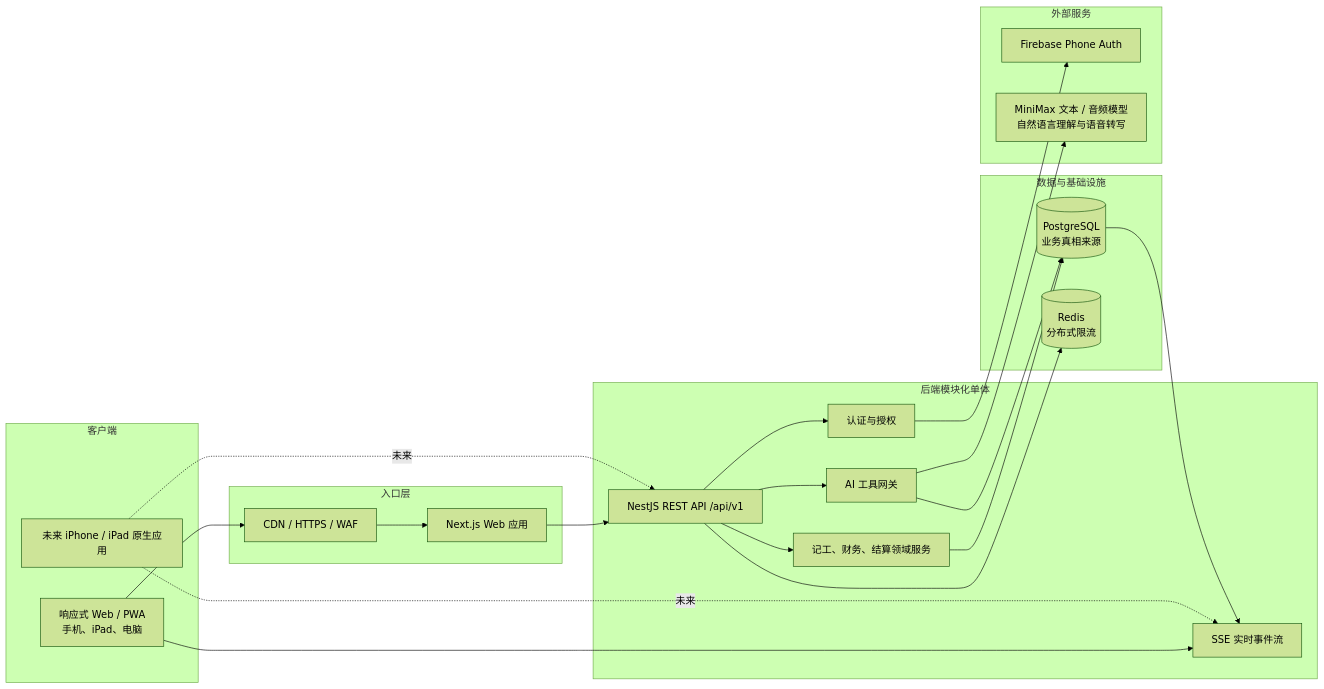
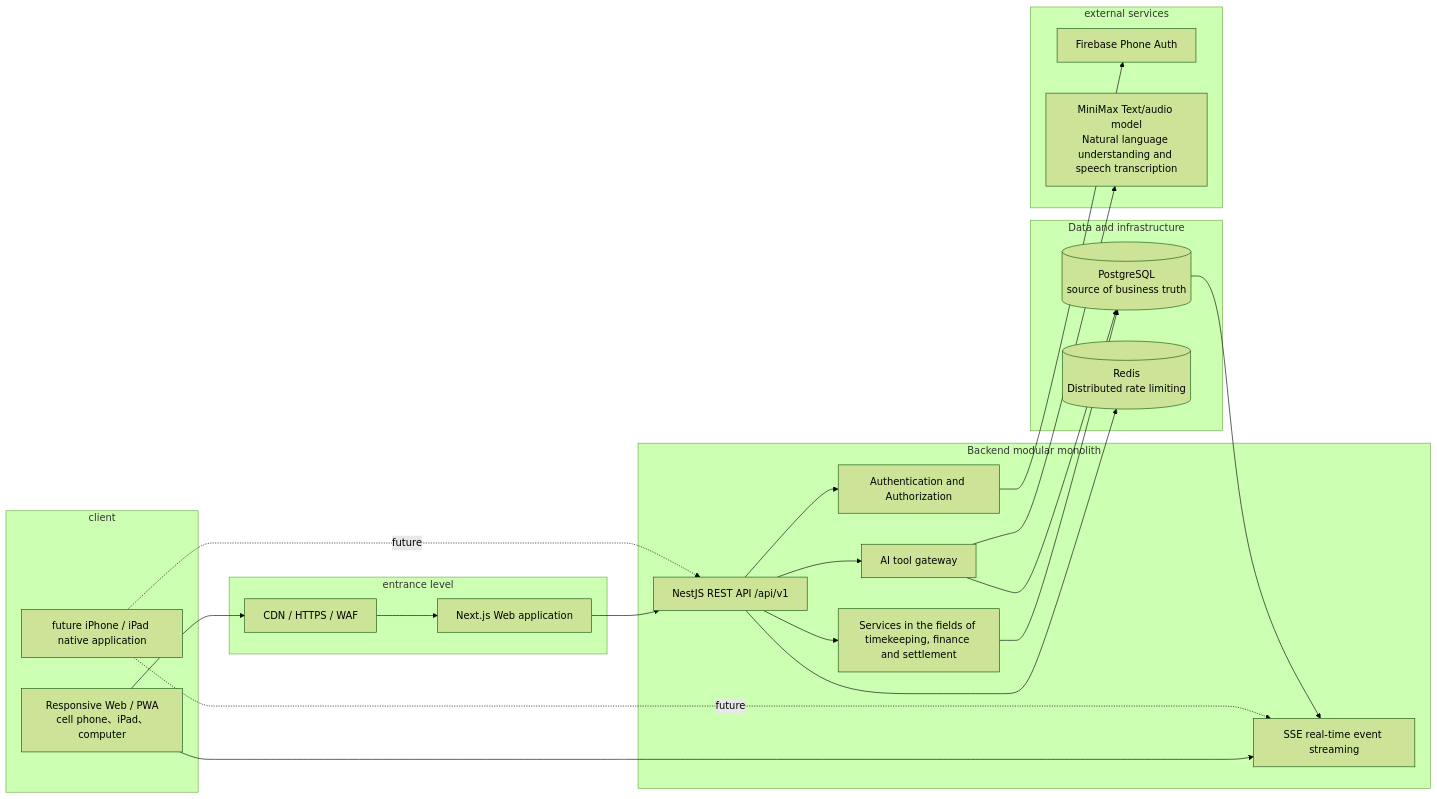
Before and after one commit to Redonkatonkk/massage-note: the first of 6 diagrams in docs/archive/INITIAL_ARCHITECTURE_PLAN.md, drawn with Mermaid (forest theme). The commit also changed other lines of this file and 118 other files, not shown here.

````diff
--- a/docs/archive/INITIAL_ARCHITECTURE_PLAN.md
+++ b/docs/archive/INITIAL_ARCHITECTURE_PLAN.md
@@ -27,45 +37,45 @@
 ```mermaid
 flowchart LR
-    subgraph Client["客户端"]
-        Web["响应式 Web / PWA\n手机、iPad、电脑"]
-        Native["未来 iPhone / iPad 原生应用"]
+    subgraph Client["client"]
+        Web["Responsive Web / PWA\ncell phone、iPad、computer"]
+        Native["future iPhone / iPad native application"]
     end
 
-    subgraph Edge["入口层"]
+    subgraph Edge["entrance level"]
         CDN["CDN / HTTPS / WAF"]
-        WebApp["Next.js Web 应用"]
+        WebApp["Next.js Web application"]
     end
 
-    subgraph Backend["后端模块化单体"]
+    subgraph Backend["Backend modular monolith"]
         API["NestJS REST API /api/v1"]
-        Auth["认证与授权"]
-        Domain["记工、财务、结算领域服务"]
-        AI["AI 工具网关"]
-        RT["SSE 实时事件流"]
+        Auth["Authentication and Authorization"]
+        Domain["Services in the fields of timekeeping, finance and settlement"]
+        AI["AI tool gateway"]
+        RT["SSE real-time event streaming"]
     end
 
-    subgraph Data["数据与基础设施"]
-        PG[("PostgreSQL\n业务真相来源")]
-        Redis[("Redis\n分布式限流")]
+    subgraph Data["Data and infrastructure"]
+        PG[("PostgreSQL\nsource of business truth")]
+        Redis[("Redis\nDistributed rate limiting")]
     end
 
-    subgraph External["外部服务"]
+    subgraph External["external services"]
         Firebase["Firebase Phone Auth"]
-        MiniMax["MiniMax 文本 / 音频模型\n自然语言理解与语音转写"]
+        MiniMax["MiniMax Text/audio model\nNatural language understanding and speech transcription"]
     end
 
     Web --> CDN --> WebApp
     WebApp --> API
     Web --> RT
-    Native -.未来.-> API
-    Native -.未来.-> RT
+    Native -.future.-> API
+    Native -.future.-> RT
     API --> Auth
     API --> Domain
     API --> AI
     Domain --> PG
     AI --> PG
     AI --> MiniMax
     Auth --> Firebase
     API --> Redis
     PG --> RT
 ```
````
